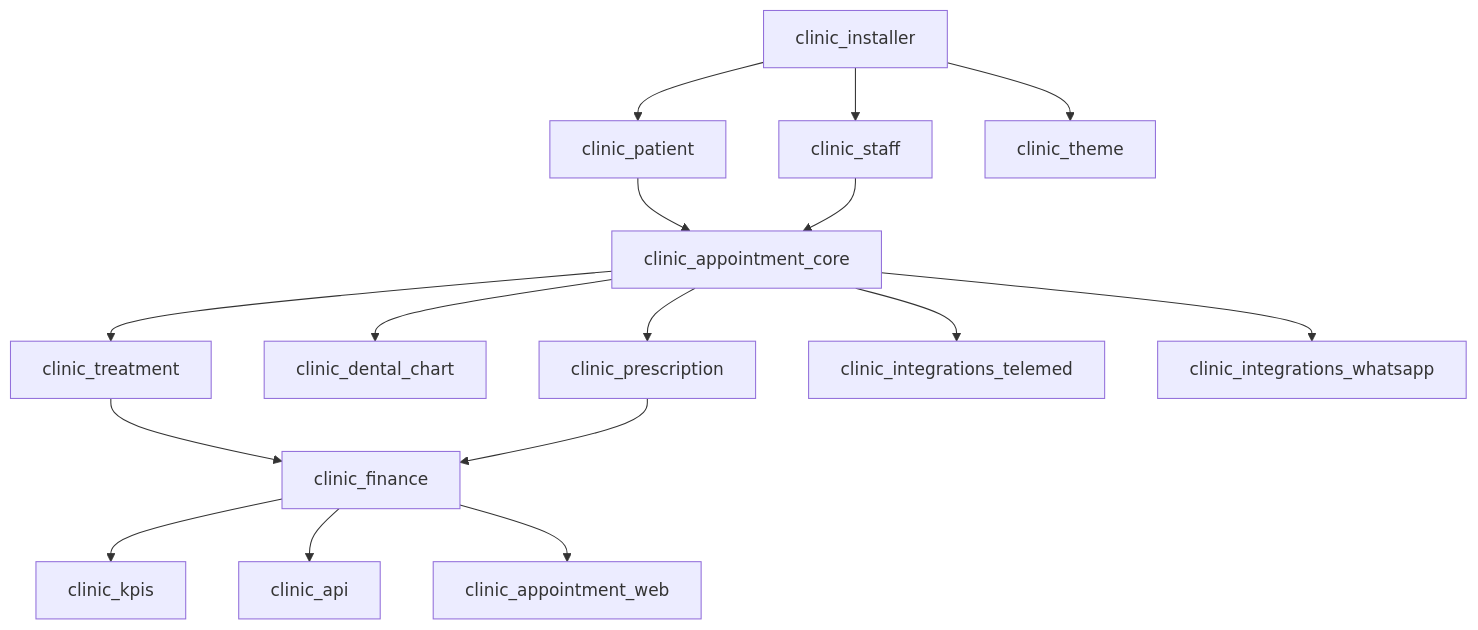
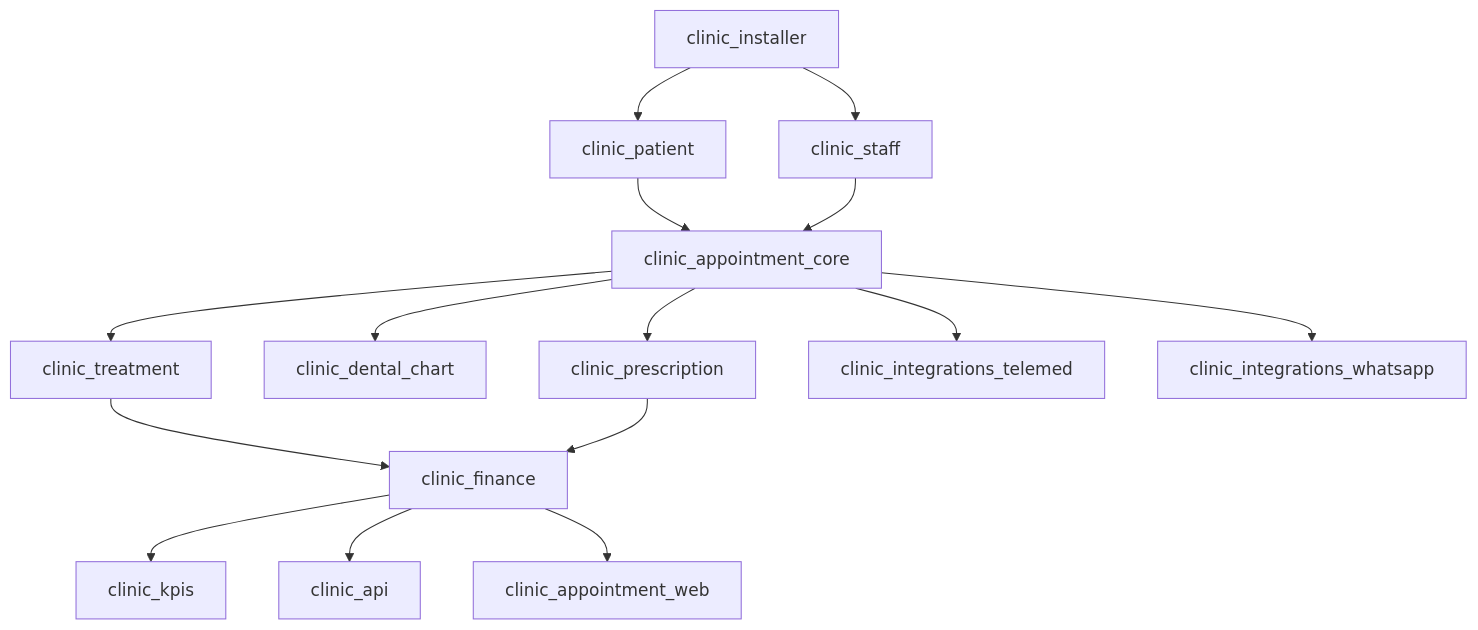
The diagram in README.md (SDJAIM/custom_addons19), drawn with Mermaid before and after one commit. The commit also changed other lines of this file and 17 other files, not shown here.

First line of the commit message:
refactor: Remove clinic_theme module and its associated files

````diff
--- a/README.md
+++ b/README.md
@@ -26,23 +25,22 @@
 ```mermaid
 graph TD
     A[clinic_installer] --> B[clinic_patient]
     A --> C[clinic_staff]
-    A --> D[clinic_theme]
 
     B --> E[clinic_appointment_core]
     C --> E
 
     E --> F[clinic_treatment]
     E --> G[clinic_dental_chart]
     E --> H[clinic_prescription]
 
     F --> I[clinic_finance]
     H --> I
 
     E --> J[clinic_integrations_telemed]
     E --> K[clinic_integrations_whatsapp]
 
     I --> L[clinic_kpis]
     I --> M[clinic_api]
     I --> N[clinic_appointment_web]
 ```
````
